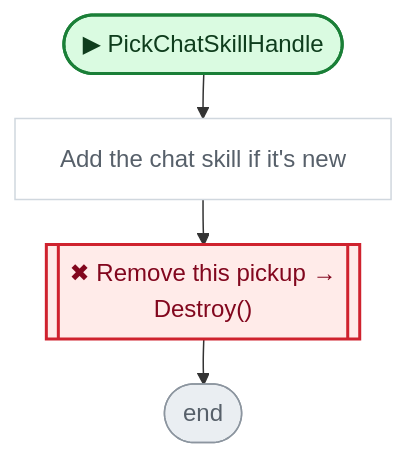
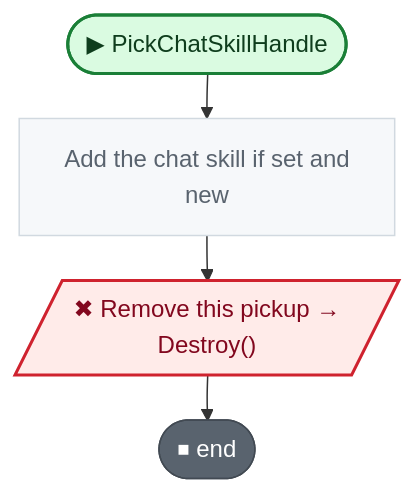
Before and after one commit to nataiai/Lord-of-the-Dungeon: the sixth of 7 diagrams in CodeGraph~/graph/Loot.cs.md, drawn with Mermaid. The commit also changed other lines of this file and 57 other files, not shown here.

````diff
--- a/CodeGraph~/graph/Loot.cs.md
+++ b/CodeGraph~/graph/Loot.cs.md
@@ -317,35 +334,35 @@
 ```mermaid
 ---
 config:
   flowchart:
     wrappingWidth: 260
     nodeSpacing: 26
     rankSpacing: 30
 ---
 flowchart TD
   nS(["▶ PickChatSkillHandle"])
-  n2dde9f["Add the chat skill if it's new"]
-  nbee12d[["✖ Remove this pickup →<br>Destroy()"]]
-  nE(["end"])
+  n2dde9f["Add the chat skill if set and<br>new"]
+  nbee12d[/"✖ Remove this pickup →<br>Destroy()"/]
+  nE(["⏹ end"])
   nS --> n2dde9f
   n2dde9f --> nbee12d
   nbee12d --> nE
   classDef unity fill:#dafbe1,stroke:#1a7f37,stroke-width:2px,color:#0f3d1d
   classDef start fill:#dafbe1,stroke:#1a7f37,stroke-width:2px,color:#0f3d1d
-  classDef calc fill:#ffffff,stroke:#d0d7de,color:#57606a
+  classDef calc fill:#f6f8fa,stroke:#d1d9e0,color:#59636e
   classDef calls fill:#ddf4ff,stroke:#0969da,stroke-width:2px,color:#0a3069
-  classDef ext fill:#ddf4ff,stroke:#0969da,stroke-width:2px,stroke-dasharray:5 3,color:#0a3069
-  classDef cond fill:#fff8c5,stroke:#bf8700,stroke-width:1.5px,color:#3d2a00
-  classDef loop fill:#f6f8fa,stroke:#57606a,color:#1f2328
-  classDef exit fill:#ffebe9,stroke:#cf222e,color:#82071e
+  classDef ext fill:#f6f8fa,stroke:#59636e,stroke-width:1.5px,stroke-dasharray:5 5,color:#1f2328
+  classDef cond fill:#fff8c5,stroke:#9a6700,stroke-width:1.5px,color:#3d2a00
+  classDef loop fill:#fff8c5,stroke:#9a6700,color:#3d2a00
+  classDef wait fill:#fff8c5,stroke:#9a6700,color:#3d2a00
+  classDef exit fill:#59636e,stroke:#424a53,color:#ffffff
+  classDef fin fill:#59636e,stroke:#424a53,color:#ffffff
+  classDef act fill:#ffffff,stroke:#59636e,stroke-width:1.5px,color:#1f2328
   classDef kill fill:#ffebe9,stroke:#cf222e,stroke-width:2px,color:#82071e
-  classDef spawn fill:#dafbe1,stroke:#1a7f37,stroke-width:2px,color:#0f3d1d
-  classDef wait fill:#fff1e5,stroke:#bc4c00,color:#4d1d00
-  classDef fin fill:#eaeef2,stroke:#8c959f,color:#57606a
   classDef join fill:#d0d7de,stroke:#8c959f,color:#57606a
   classDef ghdr fill:#f5f9ff,stroke:#f5f9ff,color:#0a3069,font-weight:bold
   class n2dde9f calc
   class nE fin
   class nbee12d kill
   class nS start
 ```
````
